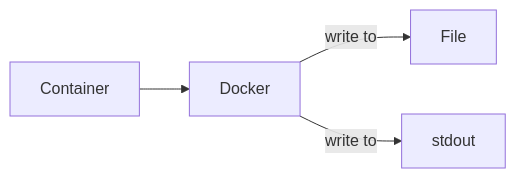
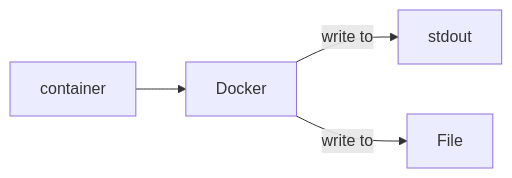
One commit to framiere/monitoring-demo changed the first of 10 diagrams in README.md. Above: the diagram before and after it, drawn with Mermaid. The commit also changed other lines of this file, not shown here.

````diff
--- a/README.md
+++ b/README.md
@@ -114,6 +69,6 @@
 ```mermaid
 graph LR;
-    Container-->Docker;
-    Docker-- write to -->File;
-    Docker-- write to -->stdout;
+    container --> Docker;
+    Docker -- write to --> stdout;
+    Docker -- write to --> File;
 ```
````
